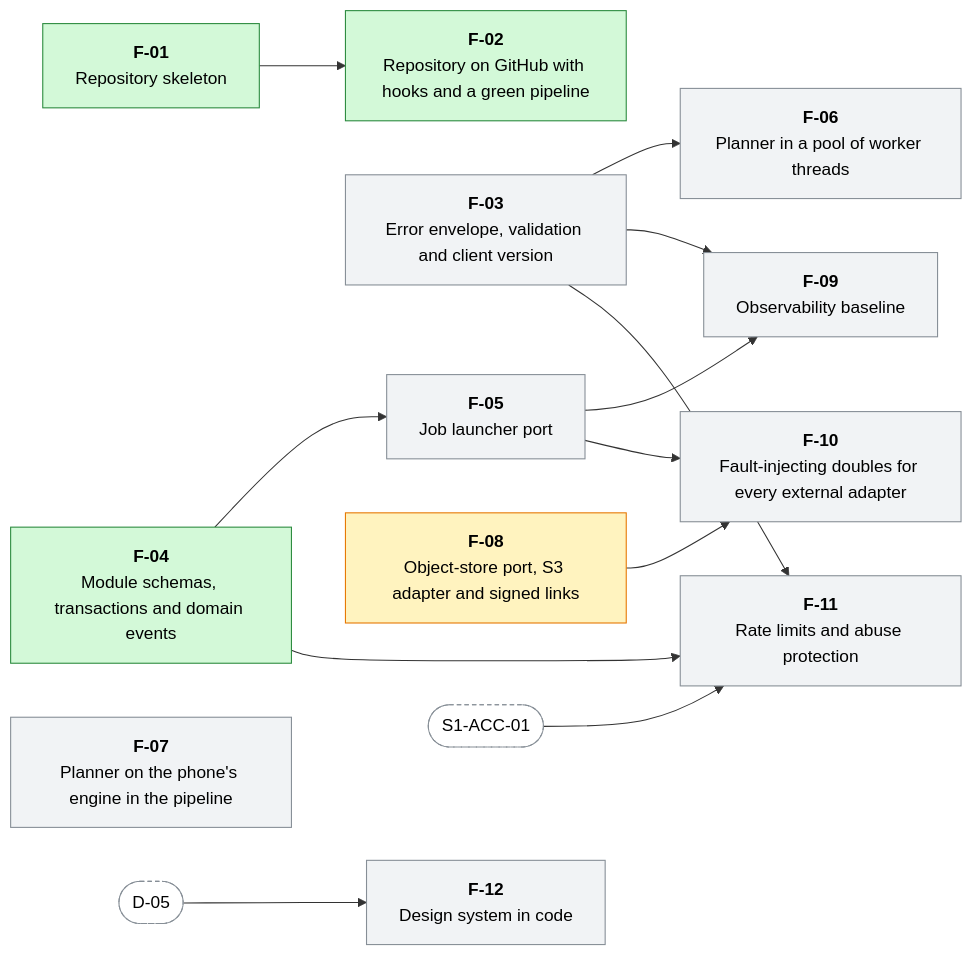
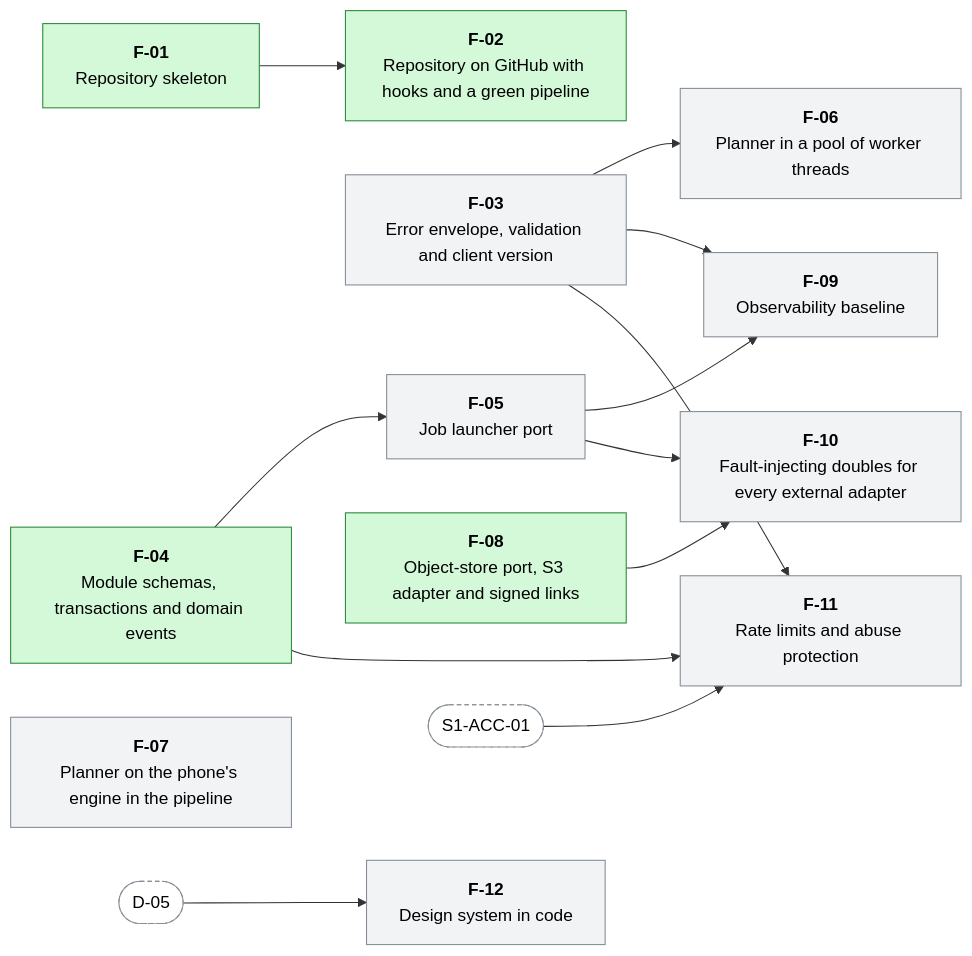
The third of 17 diagrams in docs/WORK-PLAN.md (menisika/Smart-Tour-Guide-and-Itinerary-Planner), drawn with Mermaid before and after one commit. The commit also changed other lines of this file and 31 other files, not shown here.

First line of the commit message:
feat(api): add the object store port with its S3 adapter

````diff
--- a/docs/WORK-PLAN.md
+++ b/docs/WORK-PLAN.md
@@ -534,33 +534,33 @@
 ```mermaid
 flowchart LR
   classDef done fill:#d3f9d8,stroke:#2b8a3e,color:#000
   classDef progress fill:#fff3bf,stroke:#e67700,color:#000
   classDef blocked fill:#ffe3e3,stroke:#c92a2a,color:#000
   classDef todo fill:#f1f3f5,stroke:#868e96,color:#000
   classDef outside fill:#ffffff,stroke:#868e96,stroke-dasharray:4 3,color:#000
   F_01["<b>F-01</b><br/>Repository skeleton"]:::done
   F_02["<b>F-02</b><br/>Repository on GitHub with hooks and a green pipeline"]:::done
   F_03["<b>F-03</b><br/>Error envelope, validation and client version"]:::todo
   F_04["<b>F-04</b><br/>Module schemas, transactions and domain events"]:::done
   F_05["<b>F-05</b><br/>Job launcher port"]:::todo
   F_06["<b>F-06</b><br/>Planner in a pool of worker threads"]:::todo
   F_07["<b>F-07</b><br/>Planner on the phone's engine in the pipeline"]:::todo
-  F_08["<b>F-08</b><br/>Object-store port, S3 adapter and signed links"]:::progress
+  F_08["<b>F-08</b><br/>Object-store port, S3 adapter and signed links"]:::done
   F_09["<b>F-09</b><br/>Observability baseline"]:::todo
   F_10["<b>F-10</b><br/>Fault-injecting doubles for every external adapter"]:::todo
   F_11["<b>F-11</b><br/>Rate limits and abuse protection"]:::todo
   F_12["<b>F-12</b><br/>Design system in code"]:::todo
   D_05(["D-05"]):::outside
   S1_ACC_01(["S1-ACC-01"]):::outside
   F_01 --> F_02
   F_04 --> F_05
   F_03 --> F_06
   F_03 --> F_09
   F_05 --> F_09
   F_08 --> F_10
   F_05 --> F_10
   F_03 --> F_11
   F_04 --> F_11
   S1_ACC_01 --> F_11
   D_05 --> F_12
 ```
````
